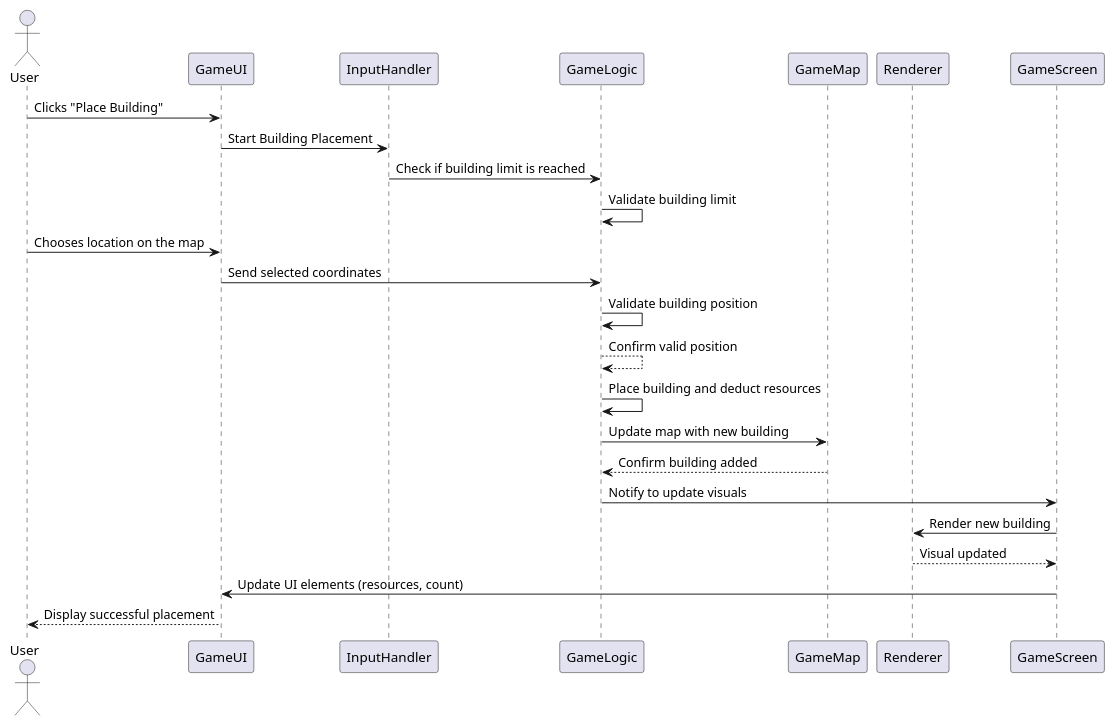
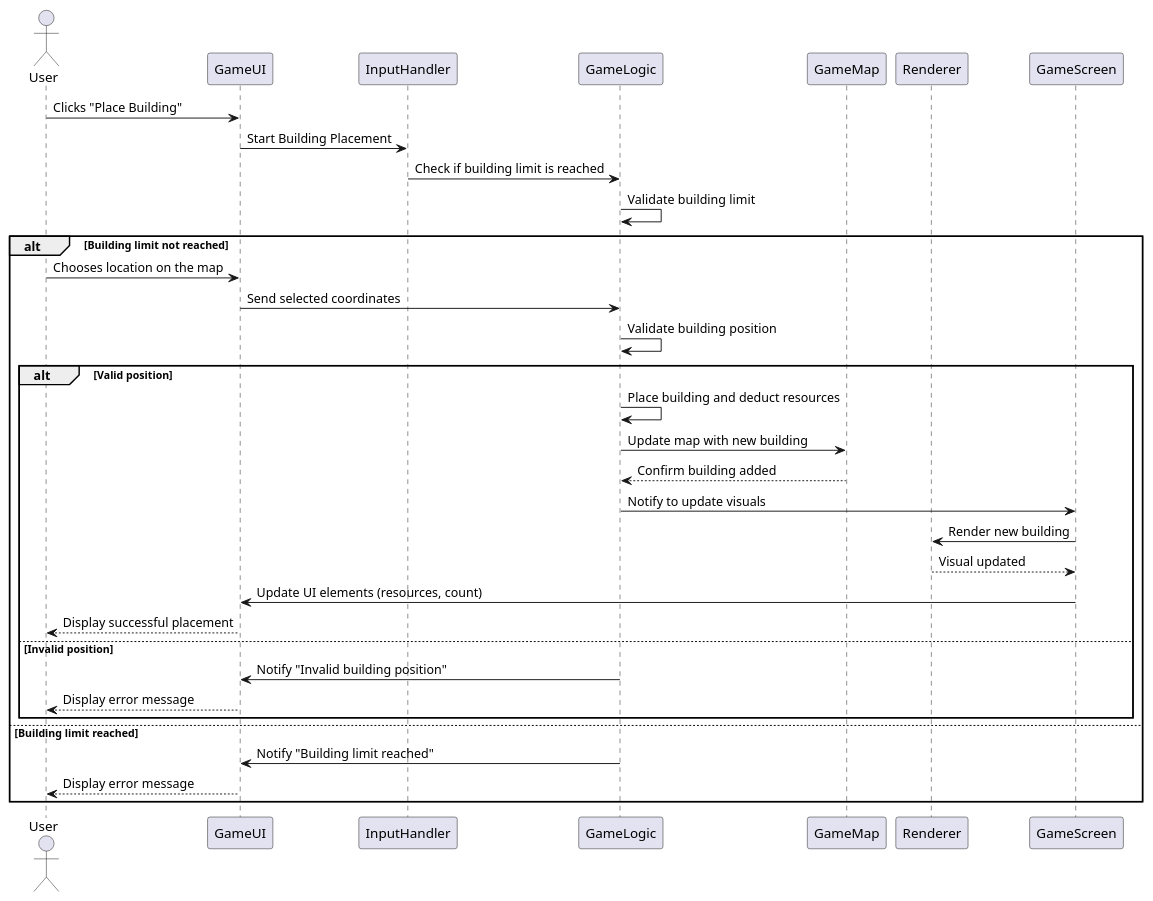
One commit to jobyoung05/ENG1-pixels-of-promise changed the diagram in Plant UML Diagrams/place_building_sequence_diagram.puml. Above: the diagram before and after it, drawn with PlantUML.

Commit message:
Changed placing buildings sequence diagram

```diff
--- a/Plant UML Diagrams/place_building_sequence_diagram.puml
+++ b/Plant UML Diagrams/place_building_sequence_diagram.puml
@@ -1,30 +1,39 @@
 @startuml
 actor User
 participant GameUI
 participant InputHandler
 participant GameLogic
 participant GameMap
 participant Renderer
 participant GameScreen
 
 User -> GameUI : Clicks "Place Building"
 GameUI -> InputHandler : Start Building Placement
 InputHandler -> GameLogic : Check if building limit is reached
 GameLogic -> GameLogic : Validate building limit
 
-User -> GameUI : Chooses location on the map
-GameUI -> GameLogic : Send selected coordinates
-GameLogic -> GameLogic : Validate building position
-GameLogic --> GameLogic : Confirm valid position
+alt Building limit not reached
+    User -> GameUI : Chooses location on the map
+    GameUI -> GameLogic : Send selected coordinates
+    GameLogic -> GameLogic : Validate building position
 
-GameLogic -> GameLogic : Place building and deduct resources
-GameLogic -> GameMap : Update map with new building
-GameMap --> GameLogic : Confirm building added
+    alt Valid position
+        GameLogic -> GameLogic : Place building and deduct resources
+        GameLogic -> GameMap : Update map with new building
+        GameMap --> GameLogic : Confirm building added
 
-GameLogic -> GameScreen : Notify to update visuals
-GameScreen -> Renderer : Render new building
-Renderer --> GameScreen : Visual updated
+        GameLogic -> GameScreen : Notify to update visuals
+        GameScreen -> Renderer : Render new building
+        Renderer --> GameScreen : Visual updated
 
-GameScreen -> GameUI : Update UI elements (resources, count)
-GameUI --> User : Display successful placement
+        GameScreen -> GameUI : Update UI elements (resources, count)
+        GameUI --> User : Display successful placement
+    else Invalid position
+        GameLogic -> GameUI : Notify "Invalid building position"
+        GameUI --> User : Display error message
+    end
+else Building limit reached
+    GameLogic -> GameUI : Notify "Building limit reached"
+    GameUI --> User : Display error message
+end
 @enduml
```
